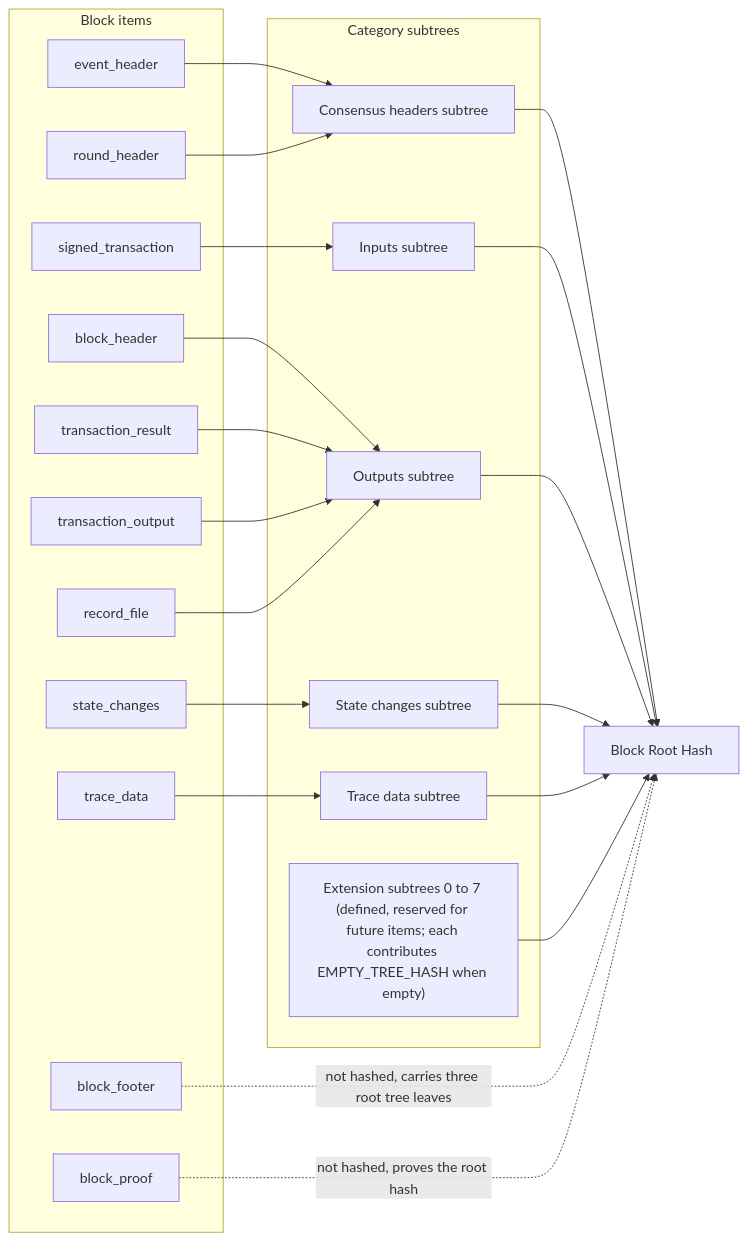
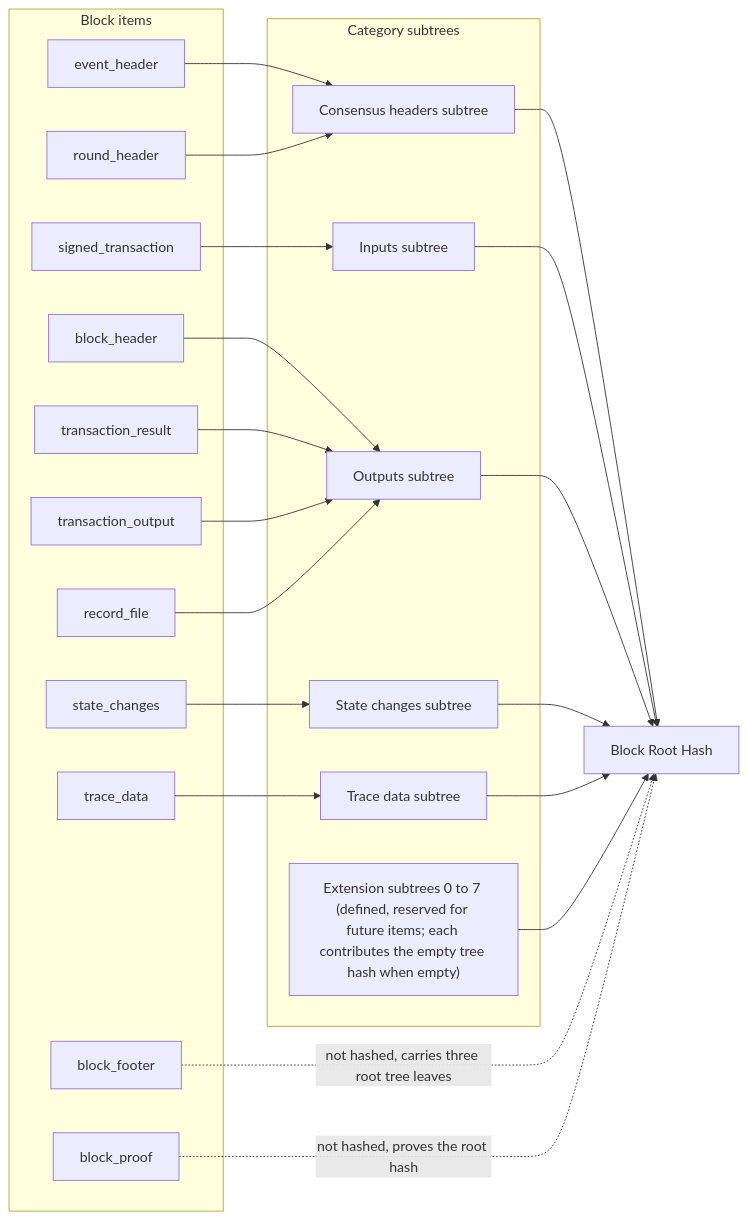
One commit to hiero-ledger/hiero-docs changed the first of 3 diagrams in block-node/design/block-stream-forward-compatibility.md. Above: the diagram before and after it, drawn with Mermaid. The commit also changed other lines of this file and 33 other files, not shown here.

````diff
--- a/block-node/design/block-stream-forward-compatibility.md
+++ b/block-node/design/block-stream-forward-compatibility.md
@@ -341,41 +342,41 @@
 ```mermaid
 flowchart LR
     subgraph Items["Block items"]
         EH[event_header]
         RH[round_header]
         ST[signed_transaction]
         BH[block_header]
         TR[transaction_result]
         TO[transaction_output]
         RF[record_file]
         SC[state_changes]
         TDATA[trace_data]
         BF[block_footer]
         BP[block_proof]
     end
     subgraph Subtrees["Category subtrees"]
         CHT[Consensus headers subtree]
         INT[Inputs subtree]
         OUTT[Outputs subtree]
         SCT[State changes subtree]
         TDT[Trace data subtree]
-        EXT["Extension subtrees 0 to 7 (defined, reserved for future items; each contributes EMPTY_TREE_HASH when empty)"]
+        EXT["Extension subtrees 0 to 7 (defined, reserved for future items; each contributes the empty tree hash when empty)"]
     end
     EH --> CHT
     RH --> CHT
     ST --> INT
     BH --> OUTT
     TR --> OUTT
     TO --> OUTT
     RF --> OUTT
     SC --> SCT
     TDATA --> TDT
     CHT --> R[Block Root Hash]
     INT --> R
     OUTT --> R
     SCT --> R
     TDT --> R
     EXT --> R
     BF -. "not hashed, carries three root tree leaves" .-> R
     BP -. "not hashed, proves the root hash" .-> R
 ```
````
